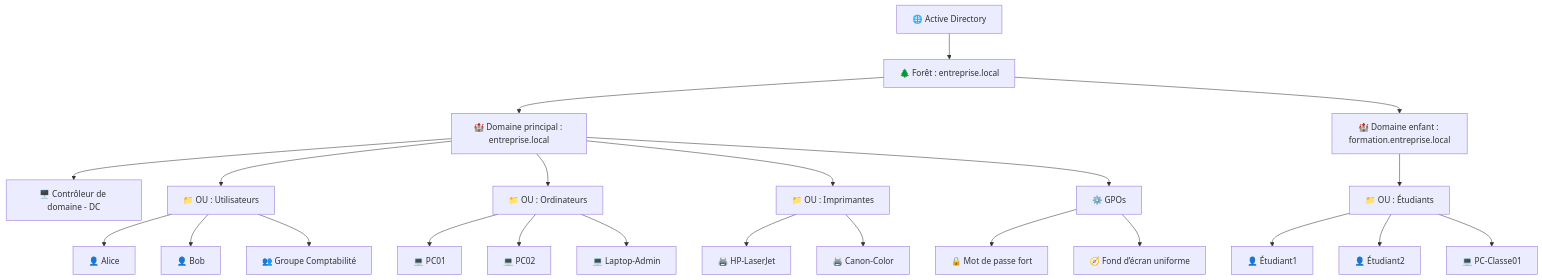
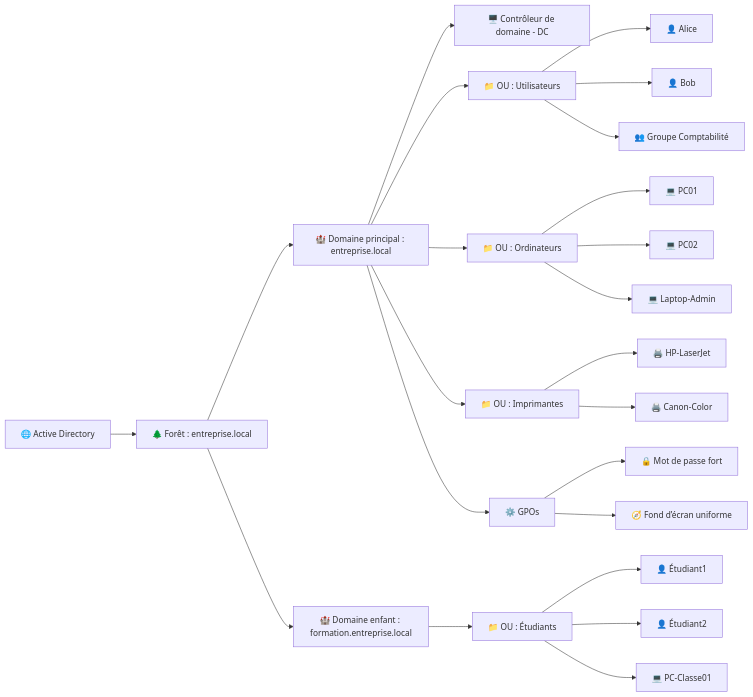
Before and after one commit to CollegeBoreal/INF1084-202-25A-04: the diagram in 3.VMs/.scripts/.prep/README.md, drawn with Mermaid.

````diff
--- a/3.VMs/.scripts/.prep/README.md
+++ b/3.VMs/.scripts/.prep/README.md
@@ -74,34 +74,34 @@
 ```mermaid
-graph TD
+flowchart LR
     A[🌐 Active Directory] --> B[🌲 Forêt : entreprise.local]
 
     B --> C[🏰 Domaine principal : entreprise.local]
     B --> D[🏰 Domaine enfant : formation.entreprise.local]
 
     %% Domaine principal
     C --> C1[🖥️ Contrôleur de domaine - DC ]
     C --> C2[📁 OU : Utilisateurs]
     C --> C3[📁 OU : Ordinateurs]
     C --> C4[📁 OU : Imprimantes]
     C --> C5[⚙️ GPOs]
 
     C2 --> U1[👤 Alice]
     C2 --> U2[👤 Bob]
     C2 --> G1[👥 Groupe Comptabilité]
 
     C3 --> O1[💻 PC01]
     C3 --> O2[💻 PC02]
     C3 --> O3[💻 Laptop-Admin]
 
     C4 --> P1[🖨️ HP-LaserJet]
     C4 --> P2[🖨️ Canon-Color]
 
     C5 --> GPO1[🔒 Mot de passe fort]
     C5 --> GPO2[🧭 Fond d’écran uniforme]
 
     %% Domaine enfant
     D --> D1[📁 OU : Étudiants]
     D1 --> E1[👤 Étudiant1]
     D1 --> E2[👤 Étudiant2]
     D1 --> E3[💻 PC-Classe01]
 ```
````
